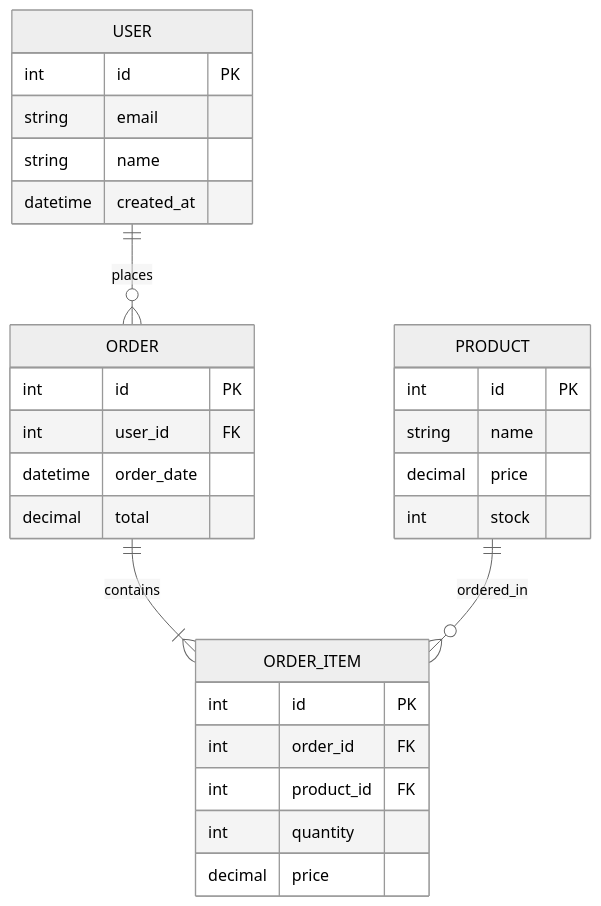
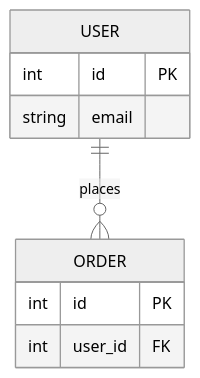
One commit to majesticlabs-dev/majestic-marketplace changed the fourth of 6 diagrams in plugins/majestic-engineer/skills/mermaid-builder/SKILL.md. Above: the diagram before and after it, drawn with Mermaid (neutral theme). The commit also changed other lines of this file and 11 other files, not shown here.

````diff
--- a/plugins/majestic-engineer/skills/mermaid-builder/SKILL.md
+++ b/plugins/majestic-engineer/skills/mermaid-builder/SKILL.md
@@ -269,35 +96,6 @@
 ```mermaid
 erDiagram
     USER ||--o{ ORDER : "places"
-    ORDER ||--|{ ORDER_ITEM : "contains"
-    PRODUCT ||--o{ ORDER_ITEM : "ordered_in"
-
-    USER {
-        int id PK
-        string email
-        string name
-        datetime created_at
-    }
-
-    ORDER {
-        int id PK
-        int user_id FK
-        datetime order_date
-        decimal total
-    }
-
-    ORDER_ITEM {
-        int id PK
-        int order_id FK
-        int product_id FK
-        int quantity
-        decimal price
-    }
-
-    PRODUCT {
-        int id PK
-        string name
-        decimal price
-        int stock
-    }
+    USER { int id PK string email }
+    ORDER { int id PK int user_id FK }
 ```
````
